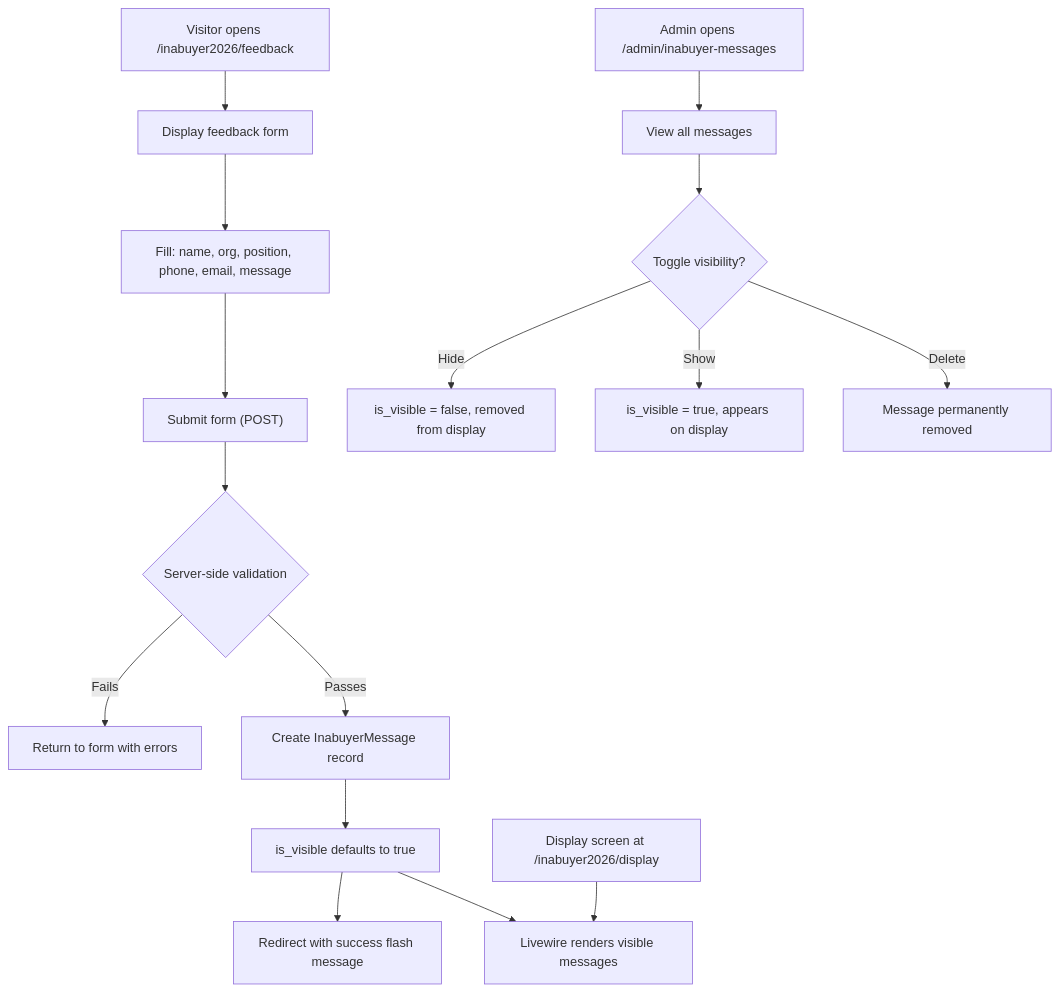
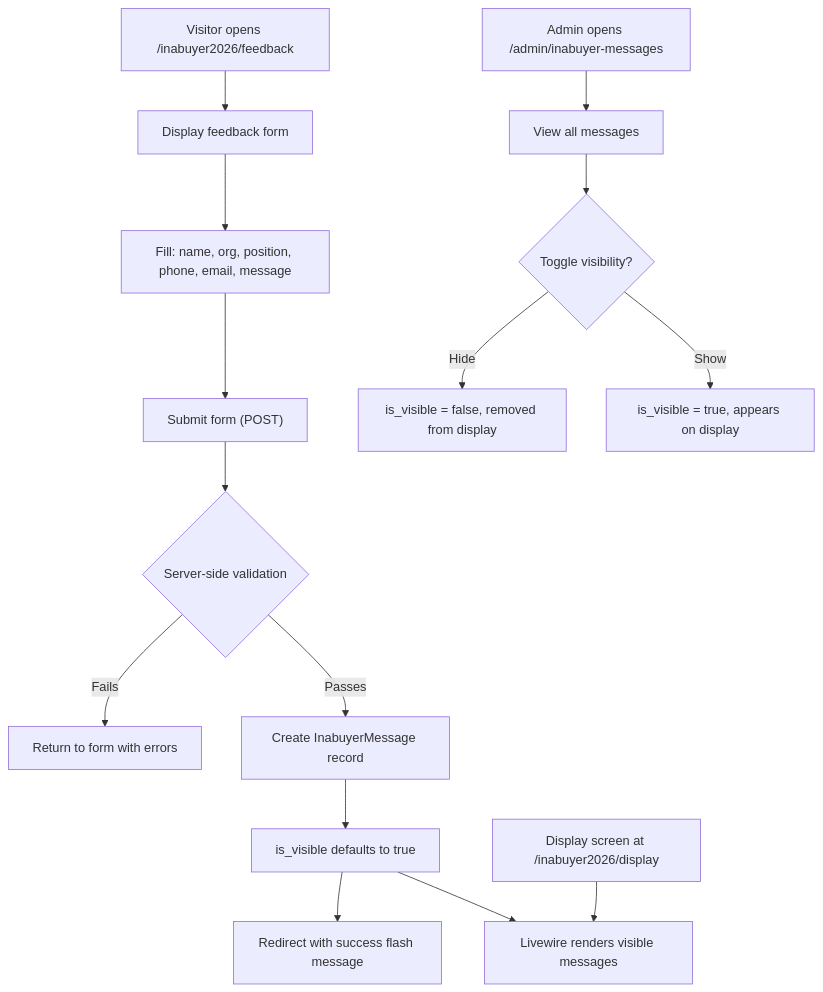
The third of 6 diagrams in docs/PRD.md (Madeena-software/madeena-company-profile), drawn with Mermaid before and after one commit. The commit also changed other lines of this file, not shown here.

````diff
--- a/docs/PRD.md
+++ b/docs/PRD.md
@@ -293,20 +257,19 @@
 ```mermaid
 flowchart TD
     A["Visitor opens /inabuyer2026/feedback"] --> B["Display feedback form"]
     B --> C["Fill: name, org, position, phone, email, message"]
     C --> D["Submit form (POST)"]
     D --> E{"Server-side validation"}
     E -- "Fails" --> F["Return to form with errors"]
     E -- "Passes" --> G["Create InabuyerMessage record"]
     G --> H["is_visible defaults to true"]
     H --> I["Redirect with success flash message"]
     
     J["Display screen at /inabuyer2026/display"] --> K["Livewire renders visible messages"]
     H --> K
     
     L["Admin opens /admin/inabuyer-messages"] --> M["View all messages"]
     M --> N{"Toggle visibility?"}
     N -- "Hide" --> O["is_visible = false, removed from display"]
     N -- "Show" --> P["is_visible = true, appears on display"]
-    N -- "Delete" --> Q["Message permanently removed"]
 ```
````
